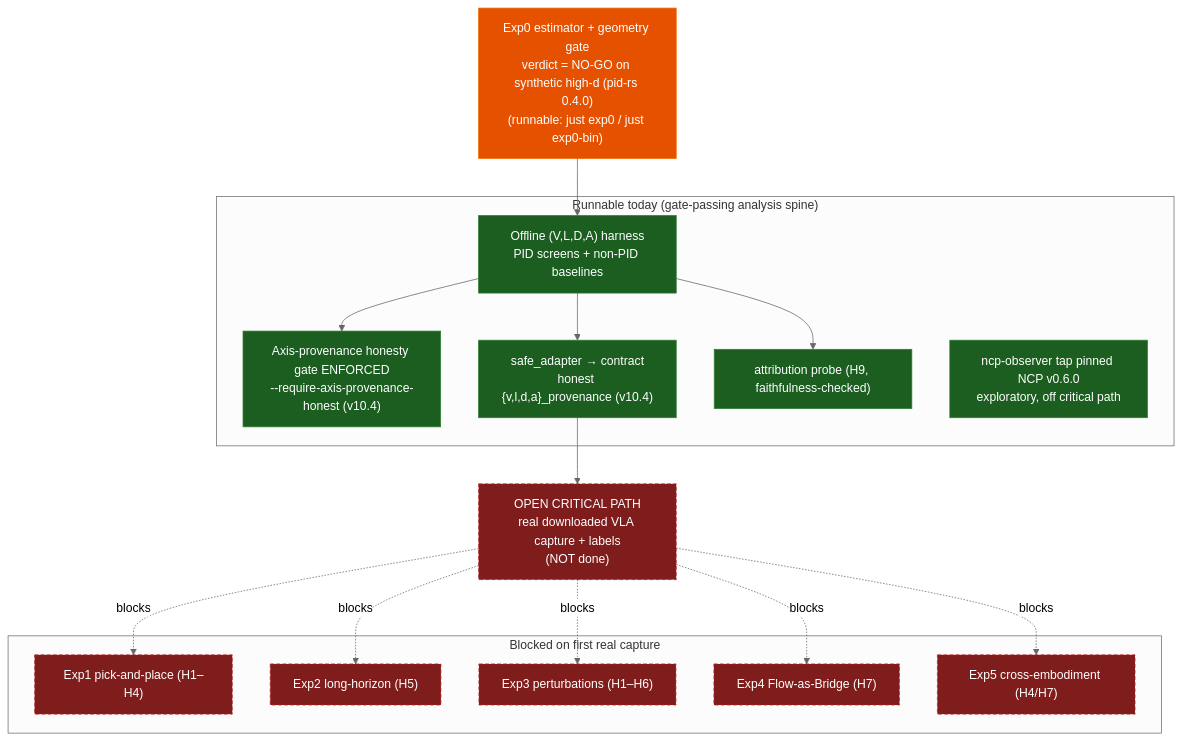
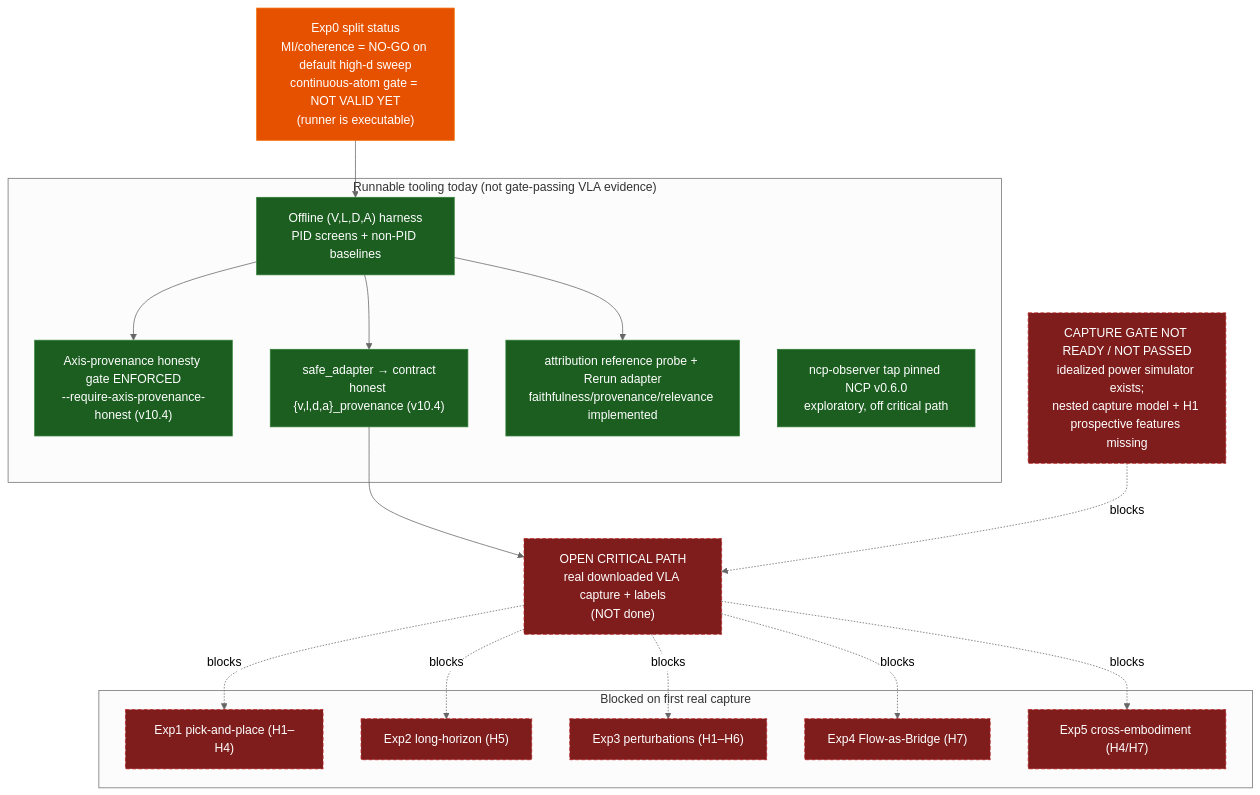
One commit to sepahead/prisoma changed the first of 18 diagrams in DIAGRAMS.md. Above: the diagram before and after it, drawn with Mermaid (neutral theme). The commit also changed other lines of this file and 20 other files, not shown here.

````diff
--- a/DIAGRAMS.md
+++ b/DIAGRAMS.md
@@ -22,33 +22,35 @@
 ```mermaid
 flowchart TD
     classDef run fill:#1b5e20,stroke:#2e7d32,color:#fff;
     classDef gate fill:#e65100,stroke:#ef6c00,color:#fff;
     classDef blocked fill:#7f1d1d,stroke:#b71c1c,color:#fff,stroke-dasharray:5 3;
 
-    Exp0["Exp0 estimator + geometry gate<br/>verdict = NO-GO on synthetic high-d (pid-rs 0.4.0)<br/>(runnable: just exp0 / just exp0-bin)"]:::gate
+    Exp0["Exp0 split status<br/>MI/coherence = NO-GO on default high-d sweep<br/>continuous-atom gate = NOT VALID YET<br/>(runner is executable)"]:::gate
 
-    subgraph Today["Runnable today (gate-passing analysis spine)"]
+    subgraph Today["Runnable tooling today (not gate-passing VLA evidence)"]
         Harness["Offline (V,L,D,A) harness<br/>PID screens + non-PID baselines"]:::run
         ProvGate["Axis-provenance honesty gate ENFORCED<br/>--require-axis-provenance-honest (v10.4)"]:::run
         Adapter["safe_adapter → contract<br/>honest {v,l,d,a}_provenance (v10.4)"]:::run
-        Attr["attribution probe (H9, faithfulness-checked)"]:::run
+        Attr["attribution reference probe + Rerun adapter<br/>faithfulness/provenance/relevance implemented"]:::run
         Obs["ncp-observer tap pinned NCP v0.6.0<br/>exploratory, off critical path"]:::run
     end
 
+    Power["CAPTURE GATE NOT READY / NOT PASSED<br/>idealized power simulator exists;<br/>nested capture model + H1 prospective features missing"]:::blocked
     Capture["OPEN CRITICAL PATH<br/>real downloaded VLA capture + labels<br/>(NOT done)"]:::blocked
 
     subgraph Blocked["Blocked on first real capture"]
         E1["Exp1 pick-and-place (H1–H4)"]:::blocked
         E2["Exp2 long-horizon (H5)"]:::blocked
         E3["Exp3 perturbations (H1–H6)"]:::blocked
         E4["Exp4 Flow-as-Bridge (H7)"]:::blocked
         E5["Exp5 cross-embodiment (H4/H7)"]:::blocked
     end
 
     Exp0 --> Harness
     Harness --> ProvGate
     Harness --> Adapter
     Harness --> Attr
     Adapter --> Capture
+    Power -. blocks .-> Capture
     Capture -. blocks .-> E1 & E2 & E3 & E4 & E5
 ```
````
